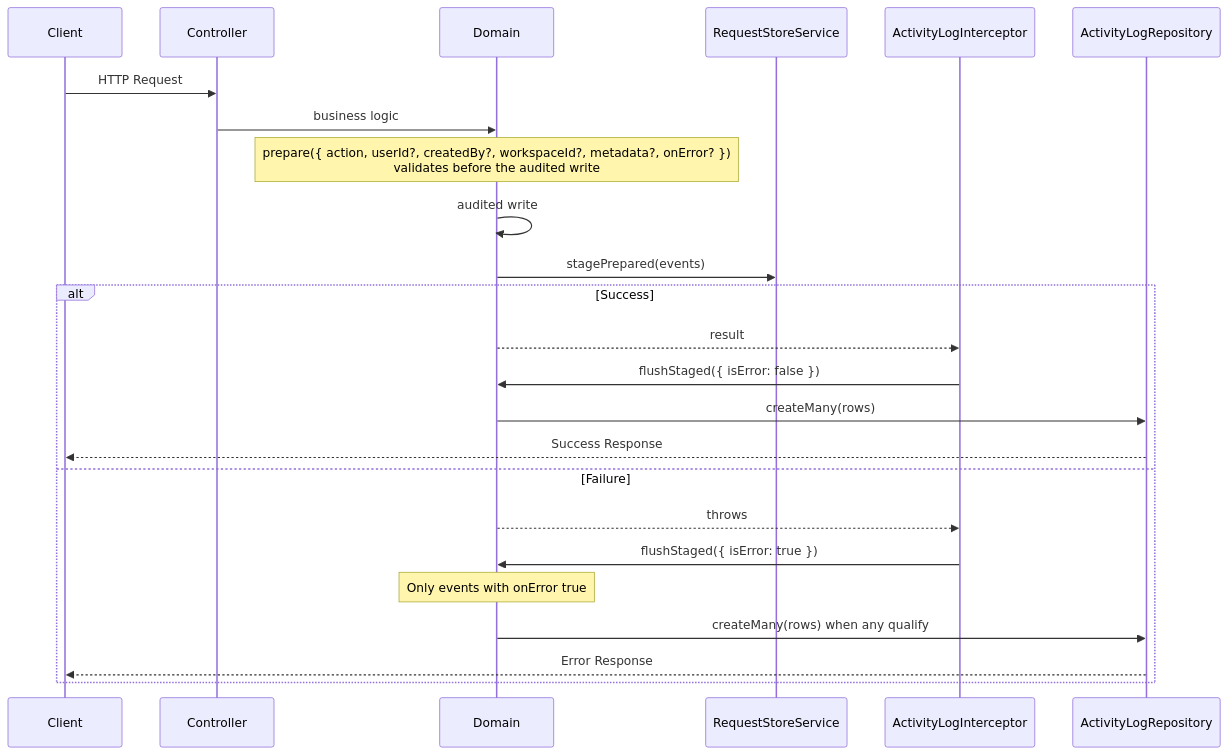
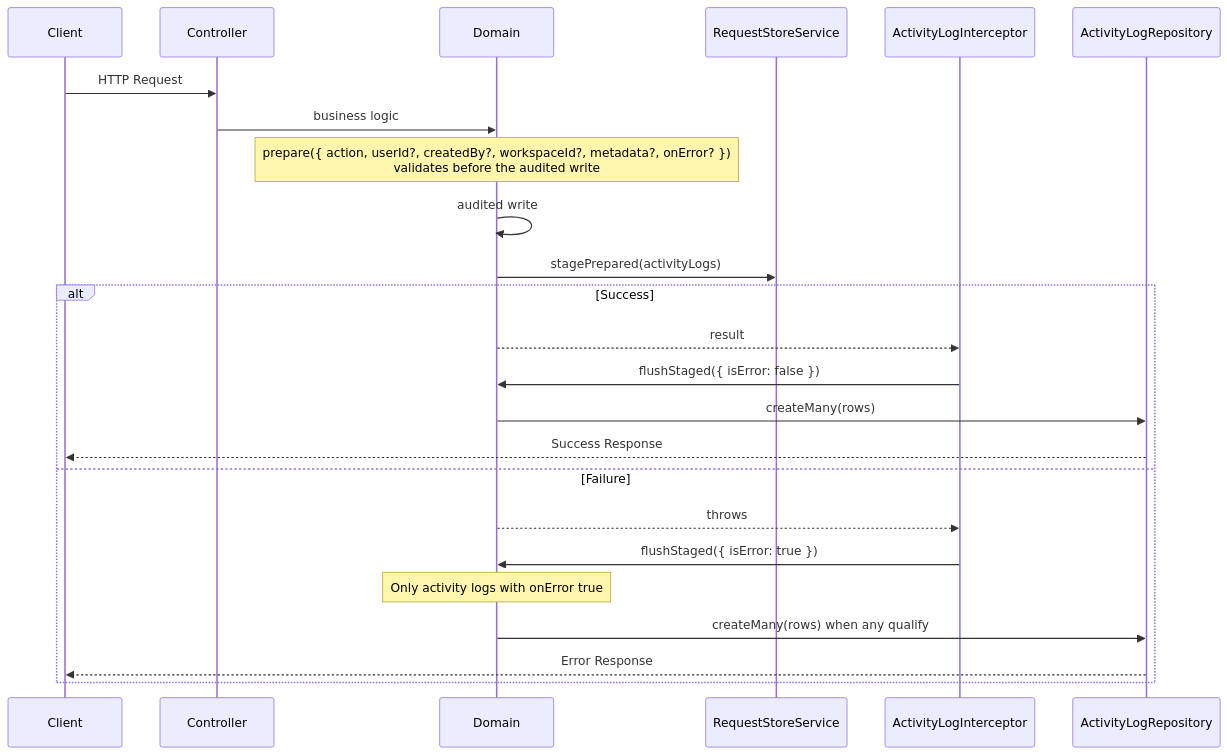
The first of 2 diagrams in docs/activity-log.md (andrechristikan/ack-nestjs-boilerplate), drawn with Mermaid before and after one commit. The commit also changed other lines of this file and 387 other files, not shown here.

Commit message:
refactor: Base pagination search, activity-log naming, FCM token retry, and typed error handling

````diff
--- a/docs/activity-log.md
+++ b/docs/activity-log.md
@@ -113,27 +114,27 @@
 ```mermaid
 sequenceDiagram
     participant Client
     participant Controller
     participant Domain
     participant Storage as RequestStoreService
     participant Interceptor as ActivityLogInterceptor
     participant Repo as ActivityLogRepository
 
     Client->>Controller: HTTP Request
     Controller->>Domain: business logic
     Note over Domain: prepare({ action, userId?, createdBy?, workspaceId?, metadata?, onError? })<br/>validates before the audited write
     Domain->>Domain: audited write
-    Domain->>Storage: stagePrepared(events)
+    Domain->>Storage: stagePrepared(activityLogs)
     alt Success
         Domain-->>Interceptor: result
         Interceptor->>Domain: flushStaged({ isError: false })
         Domain->>Repo: createMany(rows)
         Repo-->>Client: Success Response
     else Failure
         Domain-->>Interceptor: throws
         Interceptor->>Domain: flushStaged({ isError: true })
-        Note over Domain: Only events with onError true
+        Note over Domain: Only activity logs with onError true
         Domain->>Repo: createMany(rows) when any qualify
         Repo-->>Client: Error Response
     end
 ```
````
